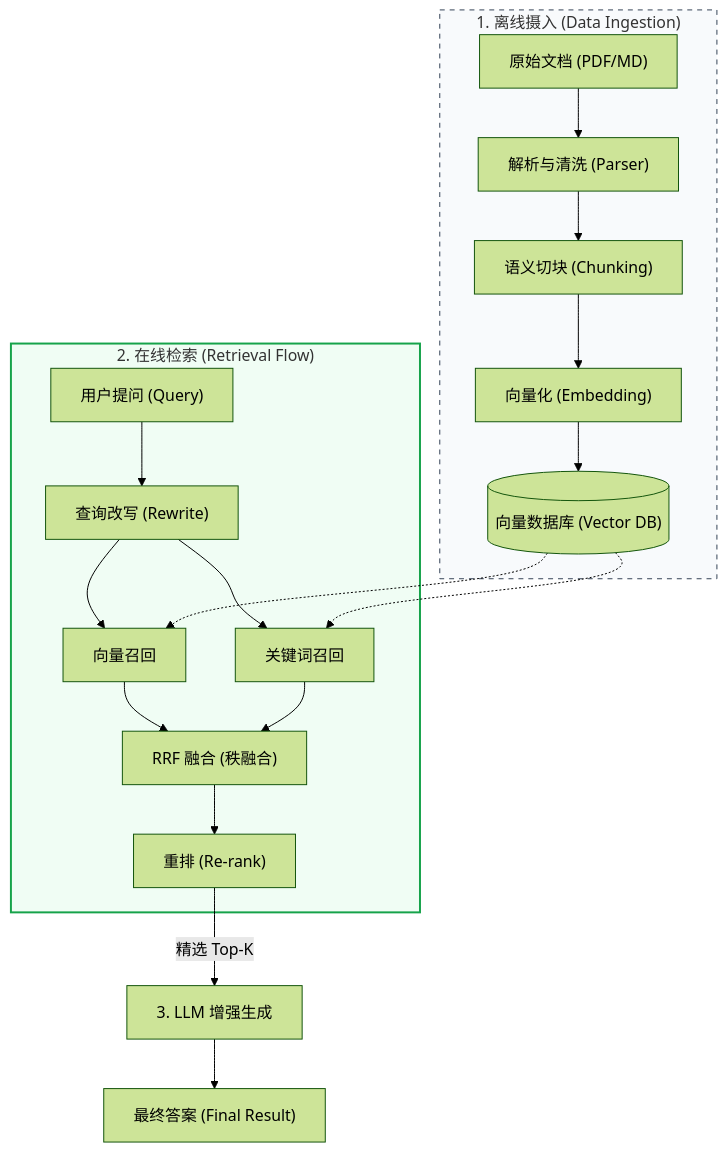
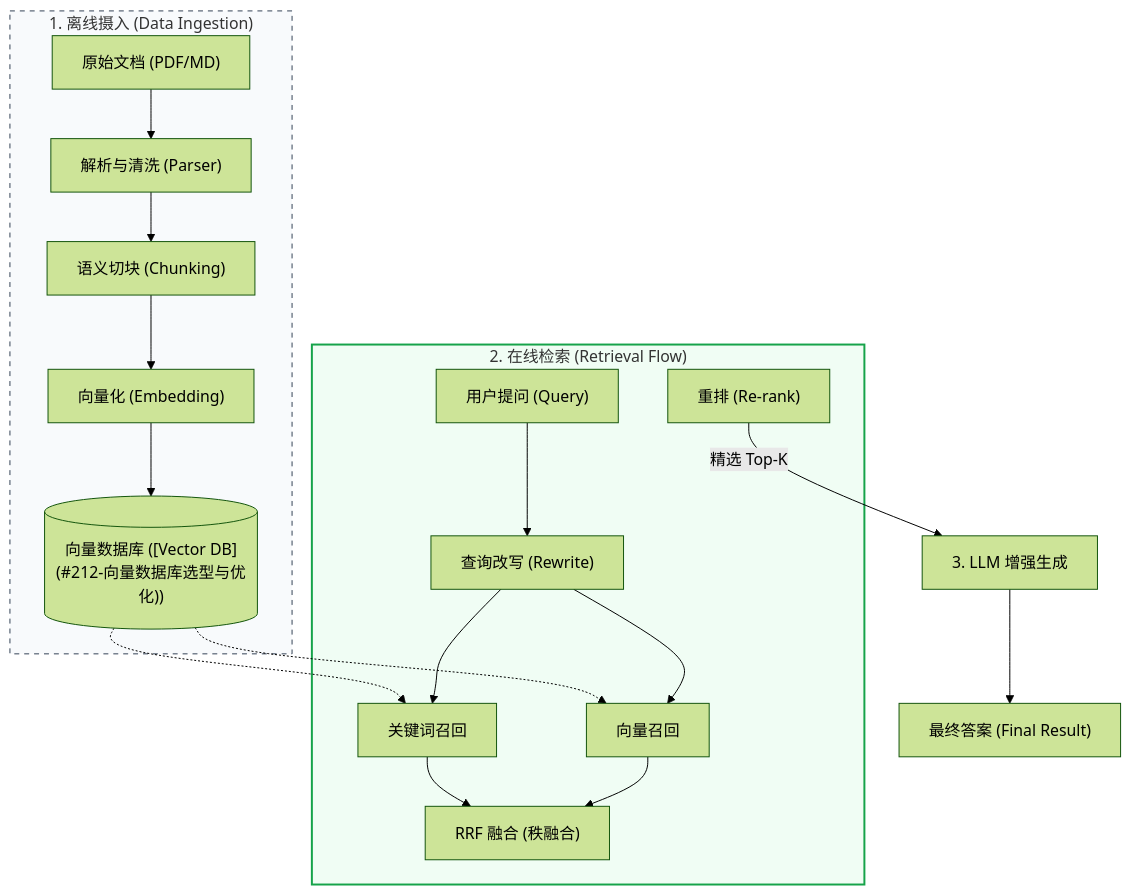
Diagram 16 of 31 in doc/AI_Knowledge_Roadmap.md (wangchong2023/ai-learning), drawn with Mermaid (forest theme) before and after one commit. The commit also changed other lines of this file and 1 other file, not shown here.

Commit message:
feat: add document repair script and update AI knowledge roadmap documentation

````diff
--- a/doc/AI_Knowledge_Roadmap.md
+++ b/doc/AI_Knowledge_Roadmap.md
@@ -855,29 +846,29 @@
 ```mermaid
 graph TD
     %% 离线摄入
     subgraph Ingestion ["1. 离线摄入 (Data Ingestion)"]
         D["原始文档 (PDF/MD)"] --> P["解析与清洗 (Parser)"]
         P --> S["语义切块 (Chunking)"]
         S --> E["向量化 (Embedding)"]
-        E --> DB[("向量数据库 (Vector DB)")]
+        E --> DB[("向量数据库 ([Vector DB](#212-向量数据库选型与优化))")]
     end
 
     %% 在线检索
     subgraph QueryFlow ["2. 在线检索 (Retrieval Flow)"]
         UserQuery["用户提问 (Query)"] --> Rewrite["查询改写 (Rewrite)"]
         Rewrite --> Dense["向量召回"]
         Rewrite --> Keyword["关键词召回"]
         Dense & Keyword --> RRF["RRF 融合 (秩融合)"]
-        RRF --> Rerank["重排 (Re-rank)"]
+        Rerank["重排 (Re-rank)"]
     end
 
     DB -.-> Dense
     DB -.-> Keyword
 
     %% 生成阶段
     Rerank -- "精选 Top-K" --> LLM["3. LLM 增强生成"]
     LLM --> Final["最终答案 (Final Result)"]
 
     style Ingestion fill:#f8fafc,stroke:#334155,stroke-dasharray: 5 5
     style QueryFlow fill:#f0fdf4,stroke:#16a34a,stroke-width:2px
 ```
````
